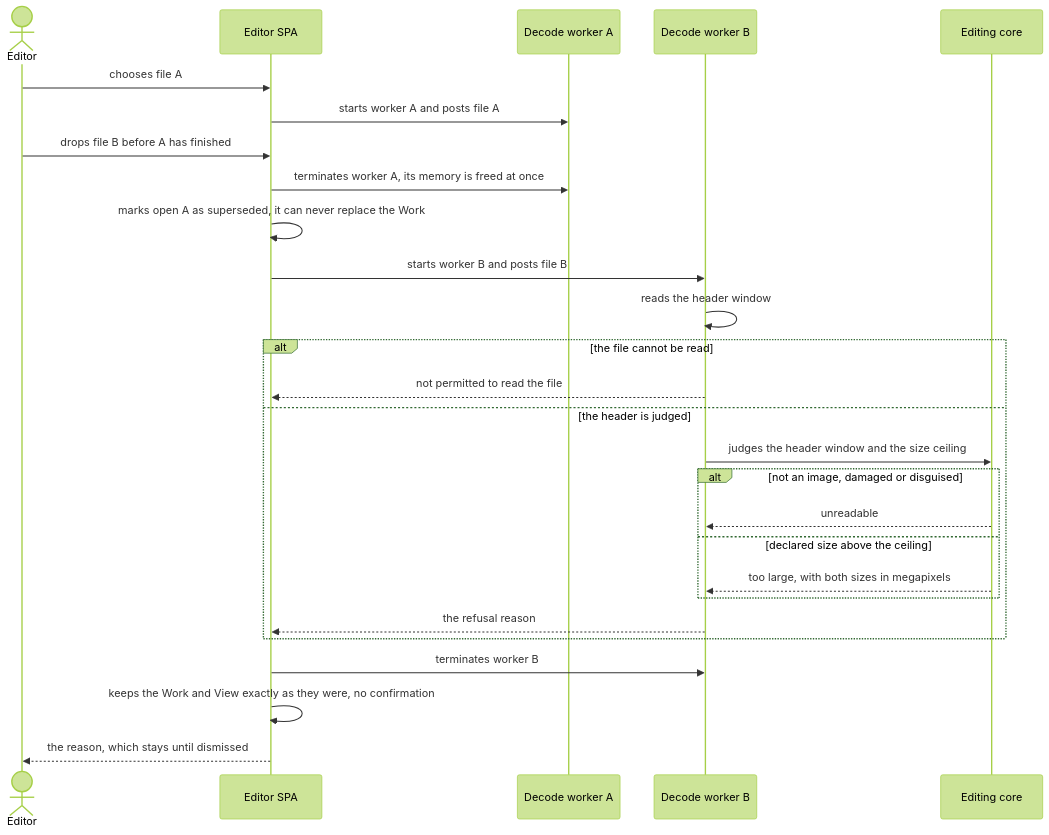
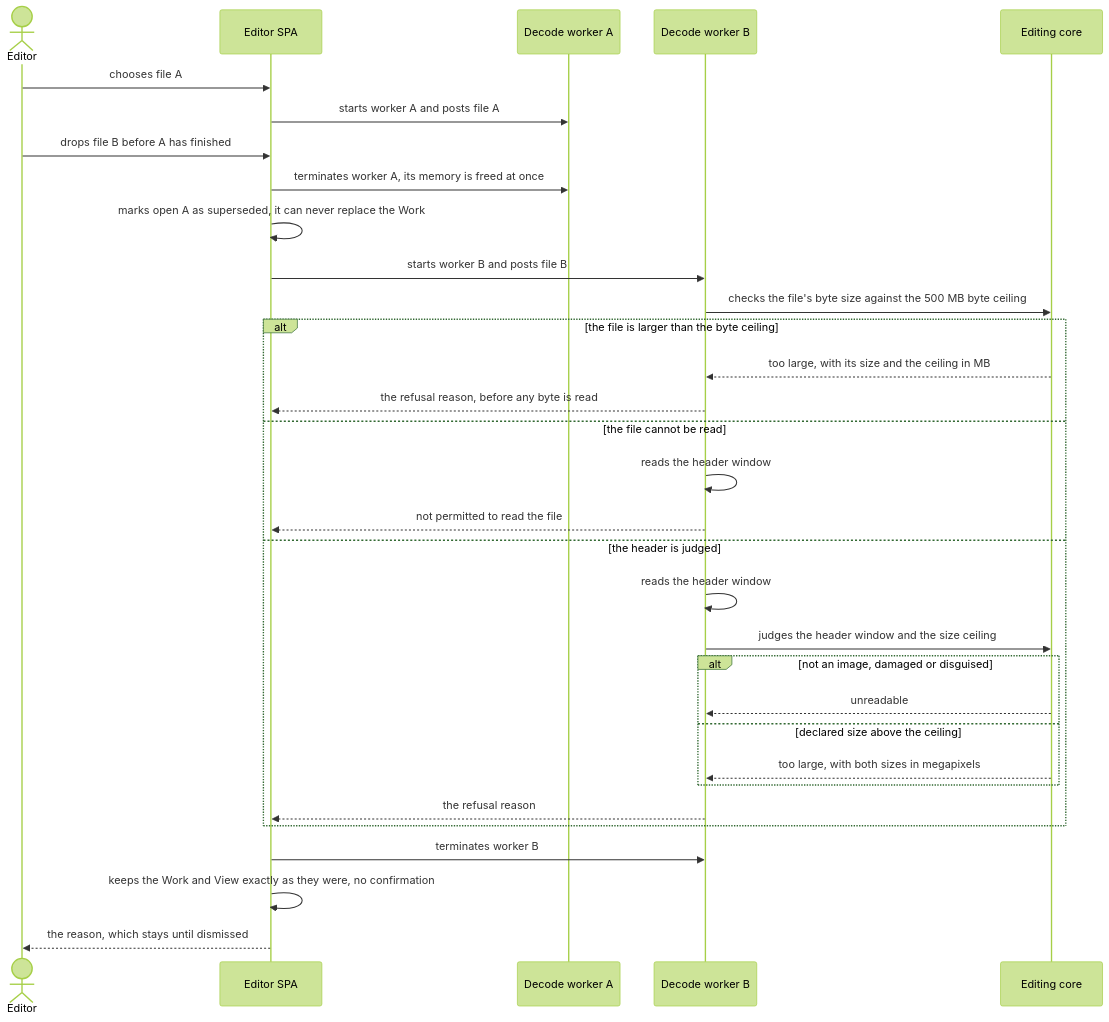
The fourth of 9 diagrams in docs/features/open-and-view/sad.md (Blazheiko/imgly), drawn with Mermaid (forest theme) before and after one commit. The commit also changed other lines of this file and 2 other files, not shown here.

Commit message:
docs(open-and-view): carry the AC-09 byte ceiling into the flows and the test plan
The added-by-fix byte-ceiling clause had code and tests but no link in between: sad.md flow 2 now
refuses a file above 500 MB from its size before the header read, ux-flows US-04 has the decision,
and the test plan names the unit and integration tests.

SDD-Task: T42
SDD-AC: AC-09

````diff
--- a/docs/features/open-and-view/sad.md
+++ b/docs/features/open-and-view/sad.md
@@ -237,30 +237,35 @@
 ```mermaid
 sequenceDiagram
     actor Editor
     participant SPA as Editor SPA
     participant WorkerA as Decode worker A
     participant WorkerB as Decode worker B
     participant Core as Editing core
 
     Editor->>SPA: chooses file A
     SPA->>WorkerA: starts worker A and posts file A
     Editor->>SPA: drops file B before A has finished
     SPA->>WorkerA: terminates worker A, its memory is freed at once
     SPA->>SPA: marks open A as superseded, it can never replace the Work
     SPA->>WorkerB: starts worker B and posts file B
-    WorkerB->>WorkerB: reads the header window
-    alt the file cannot be read
+    WorkerB->>Core: checks the file's byte size against the 500 MB byte ceiling
+    alt the file is larger than the byte ceiling
+        Core-->>WorkerB: too large, with its size and the ceiling in MB
+        WorkerB-->>SPA: the refusal reason, before any byte is read
+    else the file cannot be read
+        WorkerB->>WorkerB: reads the header window
         WorkerB-->>SPA: not permitted to read the file
     else the header is judged
+        WorkerB->>WorkerB: reads the header window
         WorkerB->>Core: judges the header window and the size ceiling
         alt not an image, damaged or disguised
             Core-->>WorkerB: unreadable
         else declared size above the ceiling
             Core-->>WorkerB: too large, with both sizes in megapixels
         end
         WorkerB-->>SPA: the refusal reason
     end
     SPA->>WorkerB: terminates worker B
     SPA->>SPA: keeps the Work and View exactly as they were, no confirmation
     SPA-->>Editor: the reason, which stays until dismissed
 ```
````
